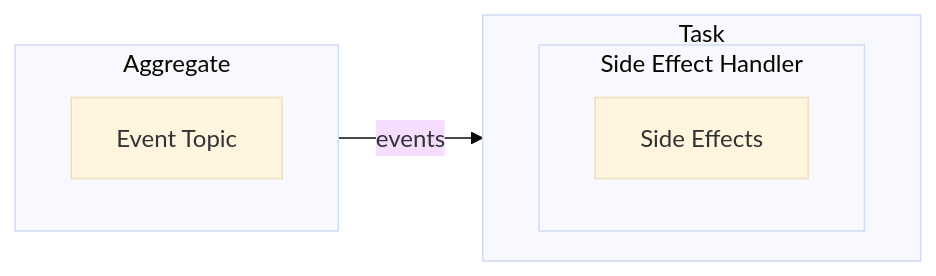
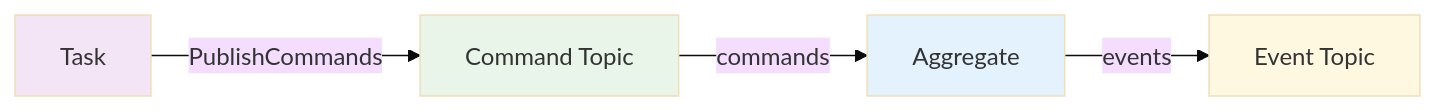
Before and after one commit to ReventlessDev/reventless-core: the fourth of 4 diagrams in packages/doc/docs/reventless-components/task.md, drawn with Mermaid (base theme). The commit also changed other lines of this file and 3 other files, not shown here.

````diff
--- a/packages/doc/docs/reventless-components/task.md
+++ b/packages/doc/docs/reventless-components/task.md
@@ -276,20 +290,16 @@
 ```mermaid
 flowchart LR
-
-subgraph Aggregate [Aggregate]
-    direction LR
-    SourceEventTopic[Event Topic]:::eventtopic
-end
-Aggregate:::aggregate
-
-subgraph Task [Task]
-    direction LR
-    subgraph SideEffectHandler [Side Effect Handler]
-        SideEffects[Side Effects]:::parameter
-    end
-    SideEffectHandler:::sideeffecthandler
-
-    SourceEventTopic -->|events| SideEffects
-end
-Task:::task
+    Task[Task]:::task
+    CommandTopic[Command Topic]:::commandtopic
+    Aggregate[Aggregate]:::aggregate
+    EventTopic[Event Topic]:::eventtopic
+    
+    Task -->|PublishCommands| CommandTopic
+    CommandTopic -->|commands| Aggregate
+    Aggregate -->|events| EventTopic
+    
+    classDef task fill:#f3e5f5
+    classDef commandtopic fill:#e8f5e8
+    classDef aggregate fill:#e3f2fd
+    classDef eventtopic fill:#fff8e1
 ```
````
